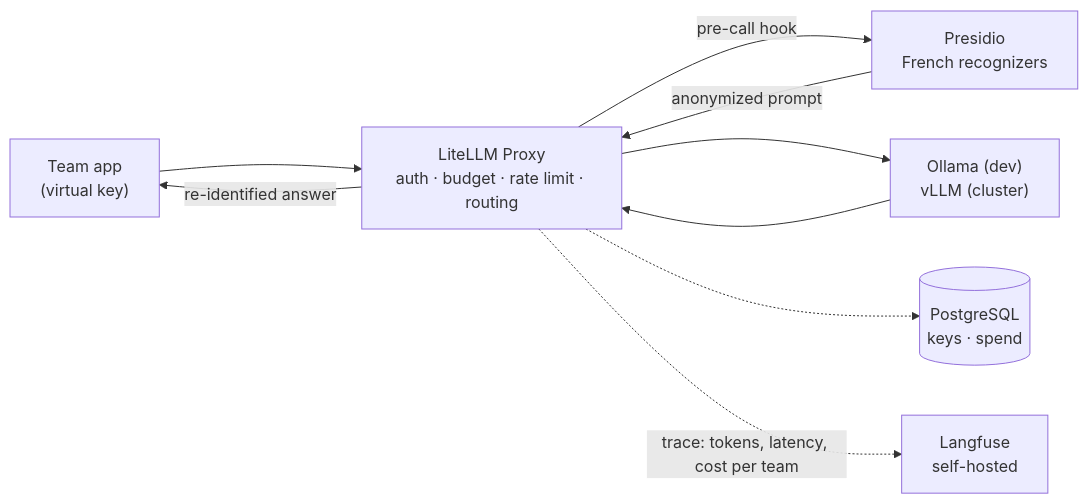
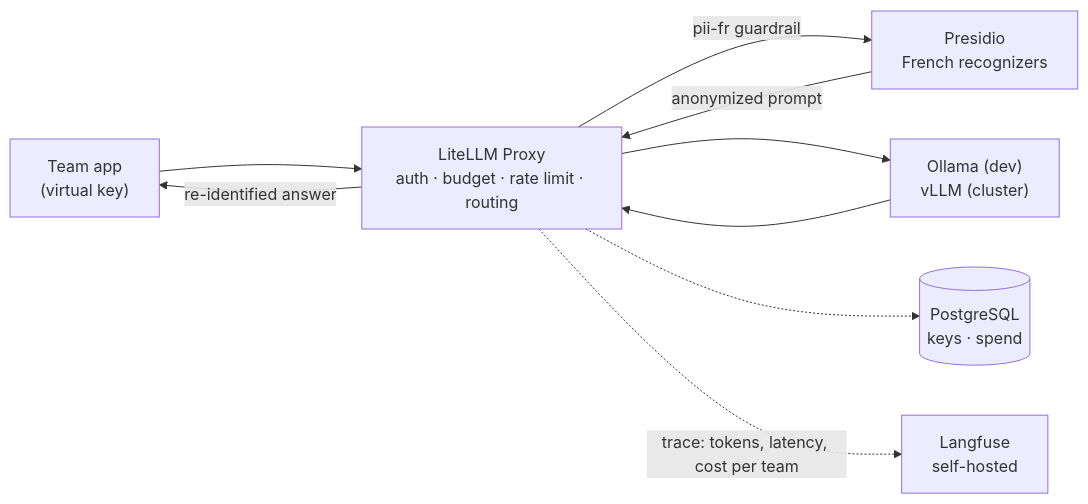
The diagram in README.md (Mak5ens/llmops-gateway), drawn with Mermaid before and after one commit. The commit also changed other lines of this file and 14 other files, not shown here.

Commit message:
feat: mask French personal data in the gateway with the Presidio guar… (#9)

````diff
--- a/README.md
+++ b/README.md
@@ -19,11 +19,11 @@
 ```mermaid
 flowchart LR
     app["Team app<br/>(virtual key)"] --> litellm["LiteLLM Proxy<br/>auth · budget · rate limit · routing"]
-    litellm -- "pre-call hook" --> presidio["Presidio<br/>French recognizers"]
+    litellm -- "pii-fr guardrail" --> presidio["Presidio<br/>French recognizers"]
     presidio -- "anonymized prompt" --> litellm
     litellm --> model["Ollama (dev)<br/>vLLM (cluster)"]
     model --> litellm
     litellm -- "re-identified answer" --> app
     litellm -.-> pg[("PostgreSQL<br/>keys · spend")]
     litellm -. "trace: tokens, latency, cost per team" .-> langfuse["Langfuse<br/>self-hosted"]
 ```
````
